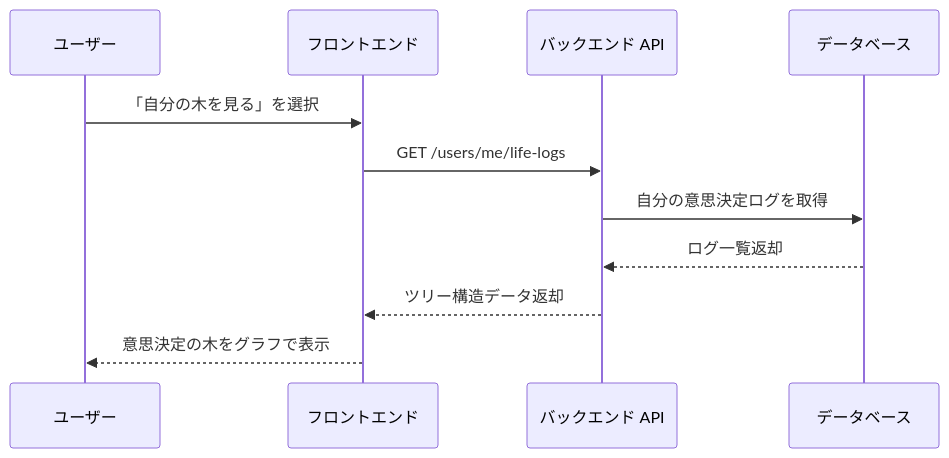
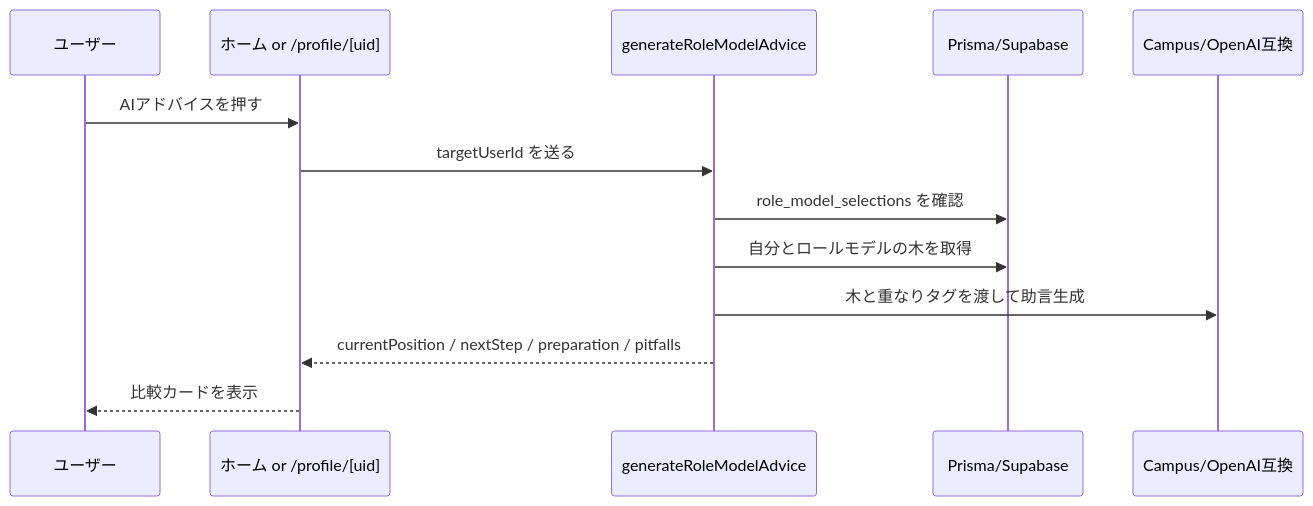
Before and after one commit to Asheze1127/hackathon-2026-in-apu: the sixth of 9 diagrams in docs/details/process-flow.md, drawn with Mermaid. The commit also changed other lines of this file and 8 other files, not shown here.

````diff
--- a/docs/details/process-flow.md
+++ b/docs/details/process-flow.md
@@ -84,14 +125,16 @@
 ```mermaid
 sequenceDiagram
     participant User as ユーザー
-    participant FE as フロントエンド
-    participant API as バックエンド API
-    participant DB as データベース
+    participant FE as ホーム or /profile/[uid]
+    participant Action as generateRoleModelAdvice
+    participant DB as Prisma/Supabase
+    participant AI as Campus/OpenAI互換
 
-    User->>FE: 「自分の木を見る」を選択
-    FE->>API: GET /users/me/life-logs
-    API->>DB: 自分の意思決定ログを取得
-    DB-->>API: ログ一覧返却
-    API-->>FE: ツリー構造データ返却
-    FE-->>User: 意思決定の木をグラフで表示
+    User->>FE: AIアドバイスを押す
+    FE->>Action: targetUserId を送る
+    Action->>DB: role_model_selections を確認
+    Action->>DB: 自分とロールモデルの木を取得
+    Action->>AI: 木と重なりタグを渡して助言生成
+    Action-->>FE: currentPosition / nextStep / preparation / pitfalls
+    FE-->>User: 比較カードを表示
 ```
````
